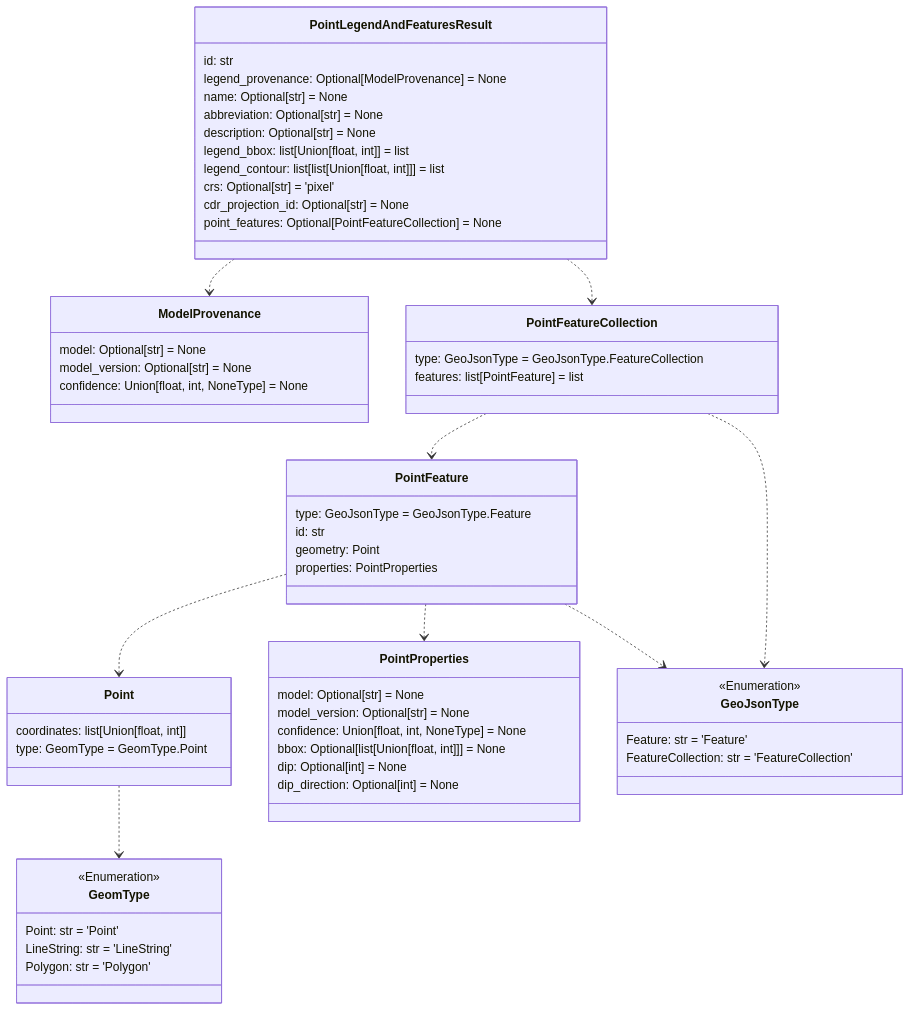
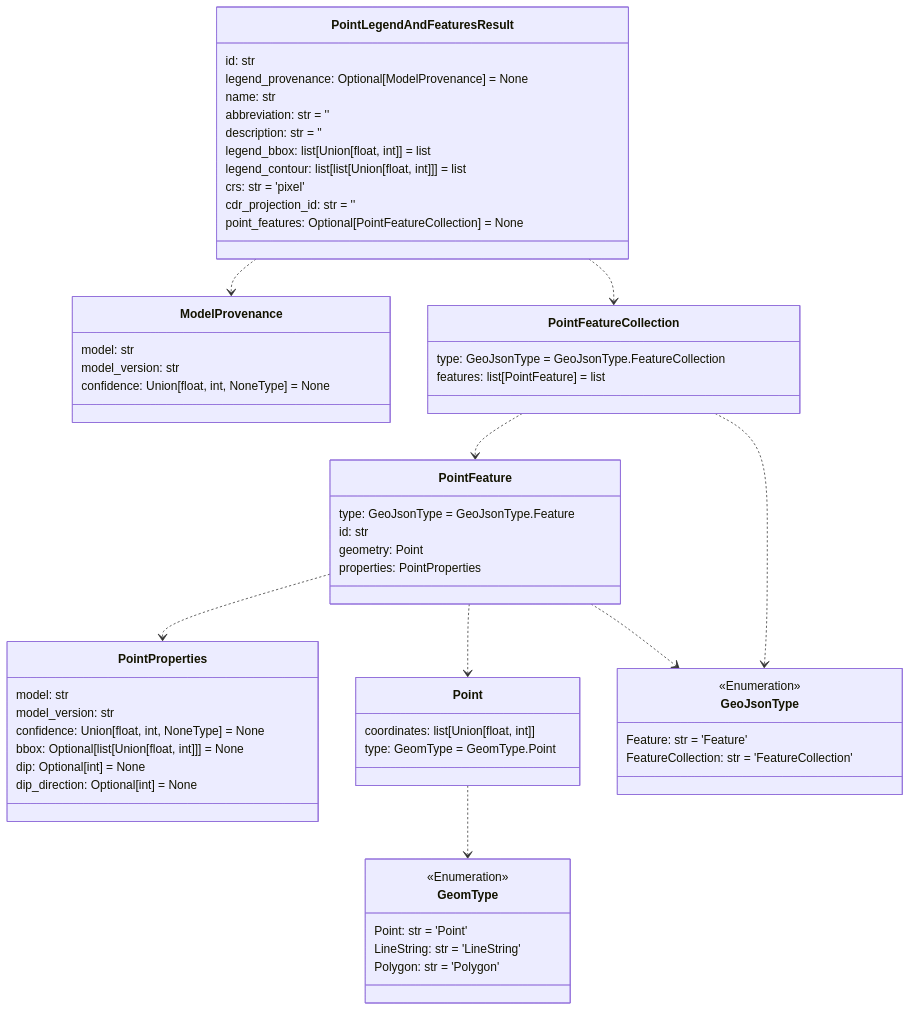
One commit to DARPA-CRITICALMAAS/cdr_schemas changed the fifth of 12 diagrams in README.md. Above: the diagram before and after it, drawn with Mermaid. The commit also changed other lines of this file and 7 other files, not shown here.

````diff
--- a/README.md
+++ b/README.md
@@ -353,72 +353,72 @@
 ```mermaid
 classDiagram
 
     class PointLegendAndFeaturesResult {
         id: str
         legend_provenance: Optional[ModelProvenance] = None
-        name: Optional[str] = None
-        abbreviation: Optional[str] = None
-        description: Optional[str] = None
+        name: str
+        abbreviation: str = ''
+        description: str = ''
         legend_bbox: list[Union[float, int]] = list
         legend_contour: list[list[Union[float, int]]] = list
-        crs: Optional[str] = 'pixel'
-        cdr_projection_id: Optional[str] = None
+        crs: str = 'pixel'
+        cdr_projection_id: str = ''
         point_features: Optional[PointFeatureCollection] = None
     }
 
-    class Point {
-        coordinates: list[Union[float, int]]
-        type: GeomType = GeomType.Point
+    class ModelProvenance {
+        model: str
+        model_version: str
+        confidence: Union[float, int, NoneType] = None
     }
 
-    class PointProperties {
-        model: Optional[str] = None
-        model_version: Optional[str] = None
-        confidence: Union[float, int, NoneType] = None
-        bbox: Optional[list[Union[float, int]]] = None
-        dip: Optional[int] = None
-        dip_direction: Optional[int] = None
+    class PointFeature {
+        type: GeoJsonType = GeoJsonType.Feature
+        id: str
+        geometry: Point
+        properties: PointProperties
     }
 
     class GeomType {
         <<Enumeration>>
         Point: str = 'Point'
         LineString: str = 'LineString'
         Polygon: str = 'Polygon'
     }
 
-    class ModelProvenance {
-        model: Optional[str] = None
-        model_version: Optional[str] = None
+    class PointProperties {
+        model: str
+        model_version: str
         confidence: Union[float, int, NoneType] = None
+        bbox: Optional[list[Union[float, int]]] = None
+        dip: Optional[int] = None
+        dip_direction: Optional[int] = None
     }
 
-    class PointFeatureCollection {
-        type: GeoJsonType = GeoJsonType.FeatureCollection
-        features: list[PointFeature] = list
+    class Point {
+        coordinates: list[Union[float, int]]
+        type: GeomType = GeomType.Point
     }
 
     class GeoJsonType {
         <<Enumeration>>
         Feature: str = 'Feature'
         FeatureCollection: str = 'FeatureCollection'
     }
 
-    class PointFeature {
-        type: GeoJsonType = GeoJsonType.Feature
-        id: str
-        geometry: Point
-        properties: PointProperties
+    class PointFeatureCollection {
+        type: GeoJsonType = GeoJsonType.FeatureCollection
+        features: list[PointFeature] = list
     }
 
     Point ..> GeomType
     PointFeature ..> PointProperties
+    PointFeature ..> GeoJsonType
     PointFeature ..> Point
-    PointFeature ..> GeoJsonType
+    PointFeatureCollection ..> GeoJsonType
     PointFeatureCollection ..> PointFeature
-    PointFeatureCollection ..> GeoJsonType
     PointLegendAndFeaturesResult ..> ModelProvenance
     PointLegendAndFeaturesResult ..> PointFeatureCollection
 
 
 ```
````
